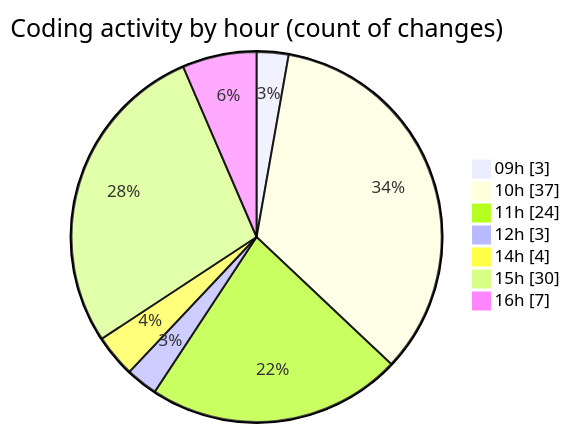
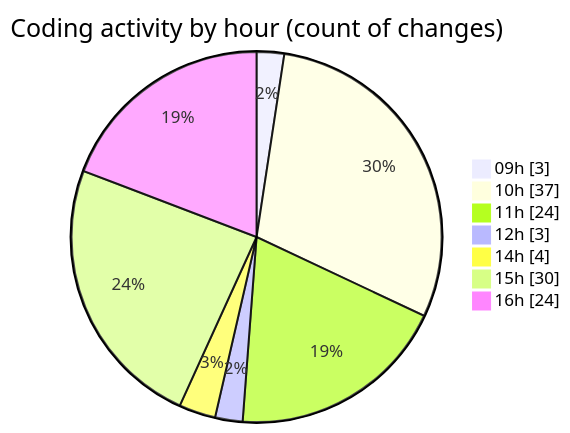
The second of 2 diagrams in 2025-05-02/ecodeli/README.md (CELIANVF/code-tracking), drawn with Mermaid before and after one commit. The commit also changed other lines of this file and 1 other file, not shown here.

````diff
--- a/2025-05-02/ecodeli/README.md
+++ b/2025-05-02/ecodeli/README.md
@@ -80,11 +82,11 @@
 ```mermaid
 pie showData
 title Coding activity by hour (count of changes)
 "09h" : 3
 "10h" : 37
 "11h" : 24
 "12h" : 3
 "14h" : 4
 "15h" : 30
-"16h" : 7
+"16h" : 24
 ```
````
